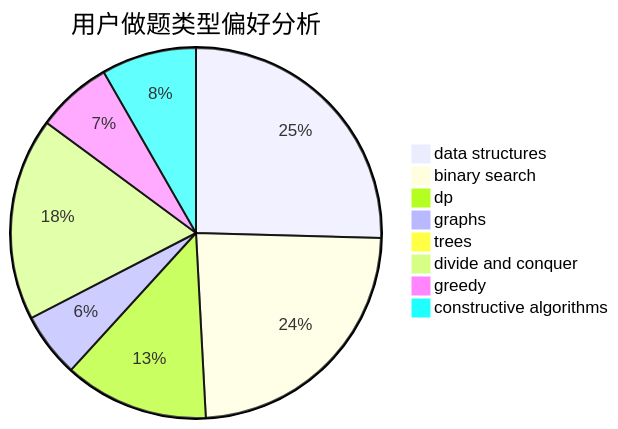
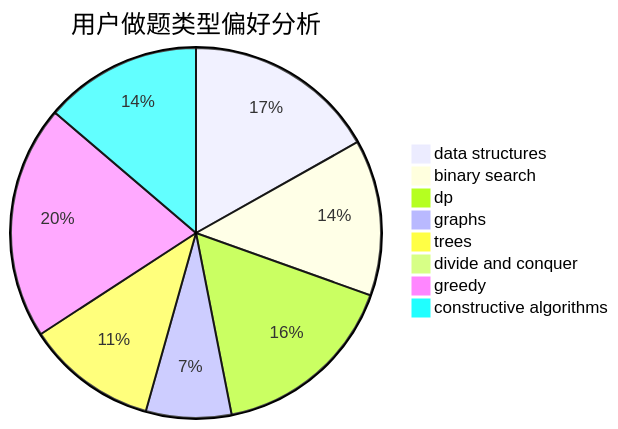
The second of 3 diagrams in docs/user/u834.md (sherpahu/cfrs.github.io), drawn with Mermaid before and after one commit. The commit also changed other lines of this file and 2770 other files, not shown here.

````diff
--- a/docs/user/u834.md
+++ b/docs/user/u834.md
@@ -23,11 +23,11 @@
 ```mermaid
 pie title 用户做题类型偏好分析
-    "data structures" :  135
-    "binary search" :  126
-    "dp" :  67
-    "graphs" :  30
-    "trees" :  3
-    "divide and conquer" :  94
-    "greedy" :  35
-    "constructive algorithms" :  44
+    "data structures" :  131
+    "binary search" :  106
+    "dp" :  128
+    "graphs" :  58
+    "trees" :  89
+    "divide and conquer" :  0
+    "greedy" :  159
+    "constructive algorithms" :  107
 ```
````
